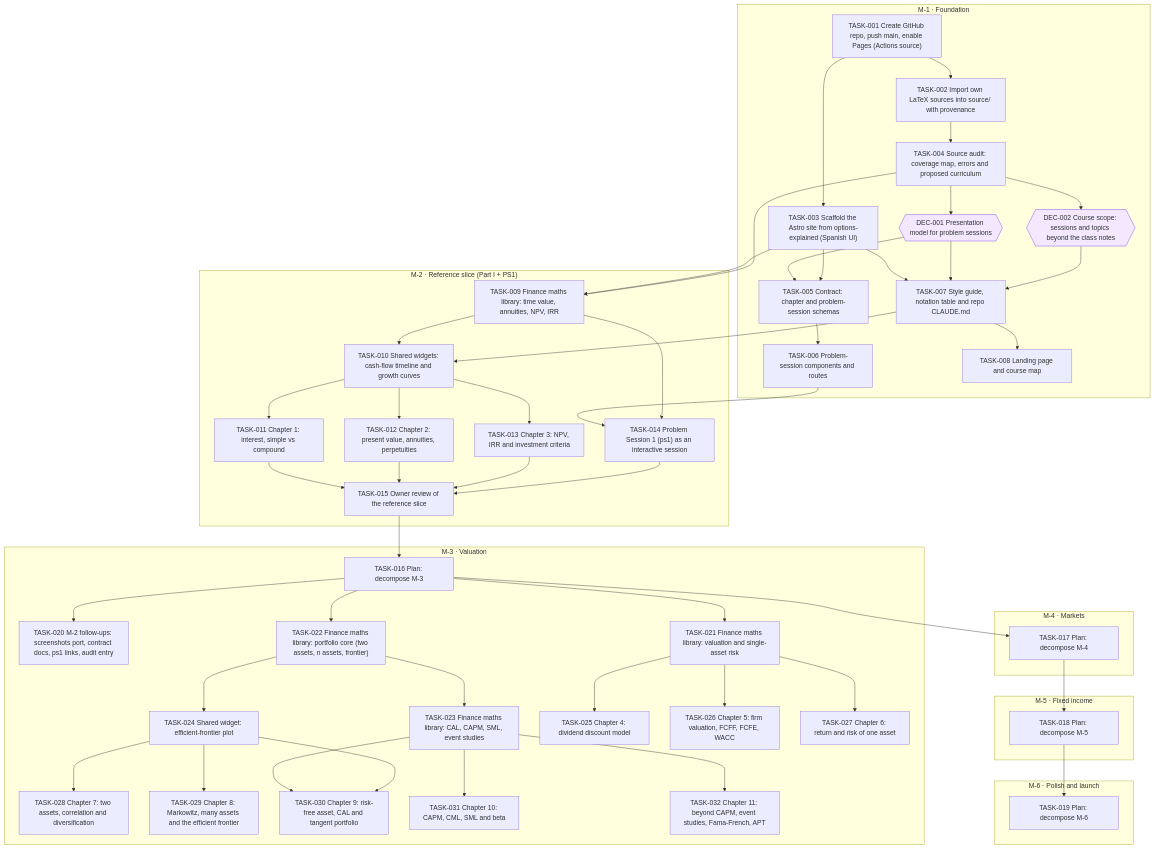
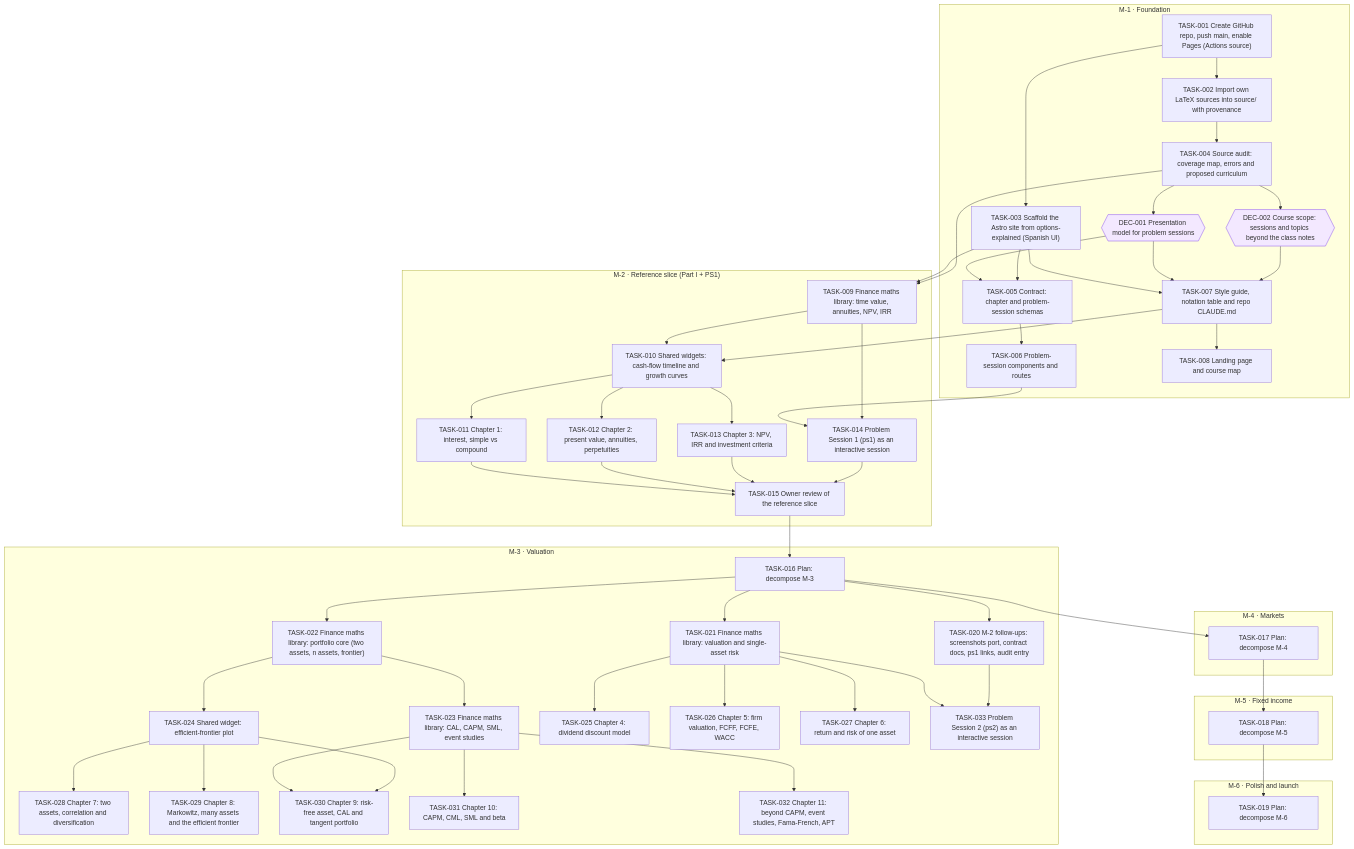
One commit to jesusvillota/economia-financiera changed the diagram in goals/course-site/README.md. Above: the diagram before and after it, drawn with Mermaid. The commit also changed 1 other file, not shown here.

Commit message:
goal(course-site): add TASK-033 Problem Session 2 (ps2) as an interactive session

```diff
--- a/goals/course-site/README.md
+++ b/goals/course-site/README.md
@@ -70,6 +70,7 @@
     TASK_030["TASK-030 Chapter 9: risk-free asset, CAL and tangent portfolio"]
     TASK_031["TASK-031 Chapter 10: CAPM, CML, SML and beta"]
     TASK_032["TASK-032 Chapter 11: beyond CAPM, event studies, Fama-French, APT"]
+    TASK_033["TASK-033 Problem Session 2 (ps2) as an interactive session"]
   end
   subgraph M_4["M-4 · Markets"]
     TASK_017["TASK-017 Plan: decompose M-4"]
@@ -123,6 +124,8 @@
   TASK_024 --> TASK_030
   TASK_023 --> TASK_031
   TASK_023 --> TASK_032
+  TASK_021 --> TASK_033
+  TASK_020 --> TASK_033
   classDef draft stroke-dasharray: 4 3
   classDef cancelled opacity:0.45
   classDef decision fill:#f3e8ff,stroke:#7c3aed
```
